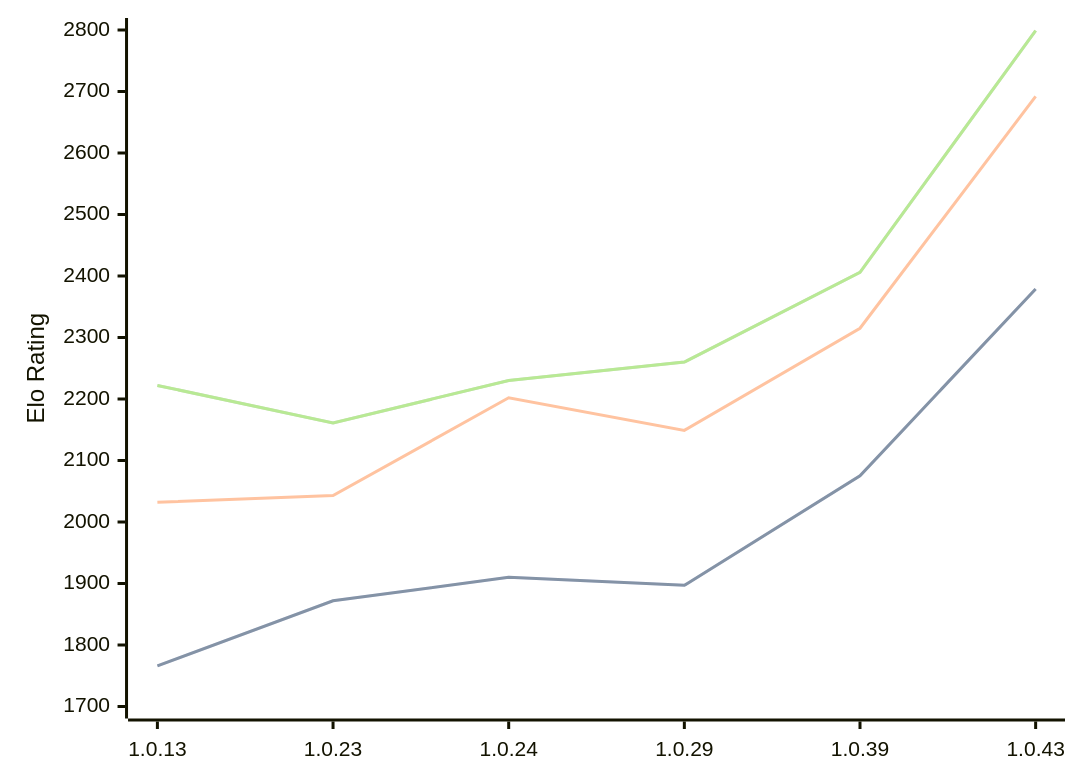
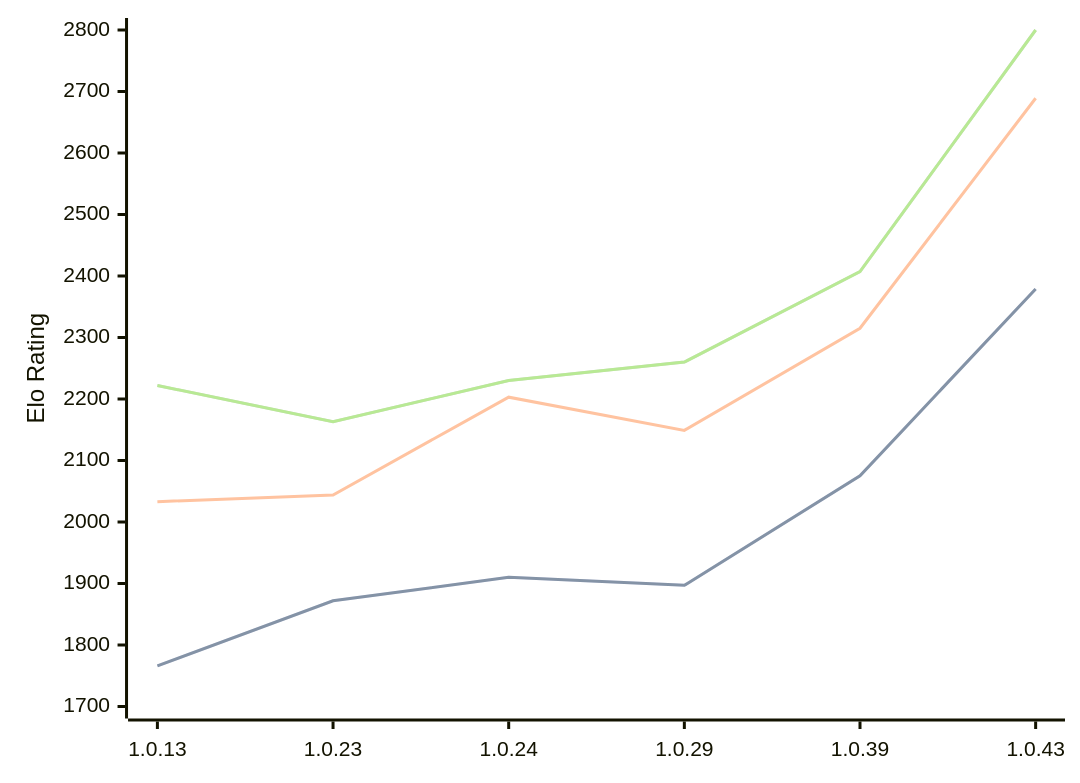
The third of 3 diagrams in engines/RustyRival.md (computer-chess-index/cci), drawn with Mermaid before and after one commit. The commit also changed other lines of this file, not shown here.

Commit message:
Update CCI Ratings (ELO VLTC) - 2026-07-14

````diff
--- a/engines/RustyRival.md
+++ b/engines/RustyRival.md
@@ -101,11 +101,11 @@
 ```mermaid
 %%{init: {"theme":"base","themeVariables":{"seriesColors:['#a3a3a3','#222221','#faa371']}}}%%
 xychart-beta
   x-axis ["1.0.13", "1.0.23", "1.0.24", "1.0.29", "1.0.39", "1.0.43"]
   y-axis "Elo Rating" 1700 --> 2800
   line "STC (8.0+0.08s)" [1766, 1872, 1910, 1897, 2075, 2379]
   line "STC (8.0+0.08s)" [1766, 1872, 1910, 1897, 2075, 2379]
-  line "LTC (60.0+0.60s)" [2032, 2043, 2202, 2149, 2315, 2692]
-  line "VLTC (2m24s+1.12s)" [2222, 2161, 2230, 2260, 2406, 2799]
-  line "VLTC (2m24s+1.12s)" [2222, 2161, 2230, 2260, 2406, 2799]
+  line "LTC (60.0+0.60s)" [2033, 2044, 2203, 2149, 2315, 2689]
+  line "VLTC (2m24s+1.12s)" [2222, 2163, 2230, 2260, 2407, 2800]
+  line "VLTC (2m24s+1.12s)" [2222, 2163, 2230, 2260, 2407, 2800]
 ```
````
